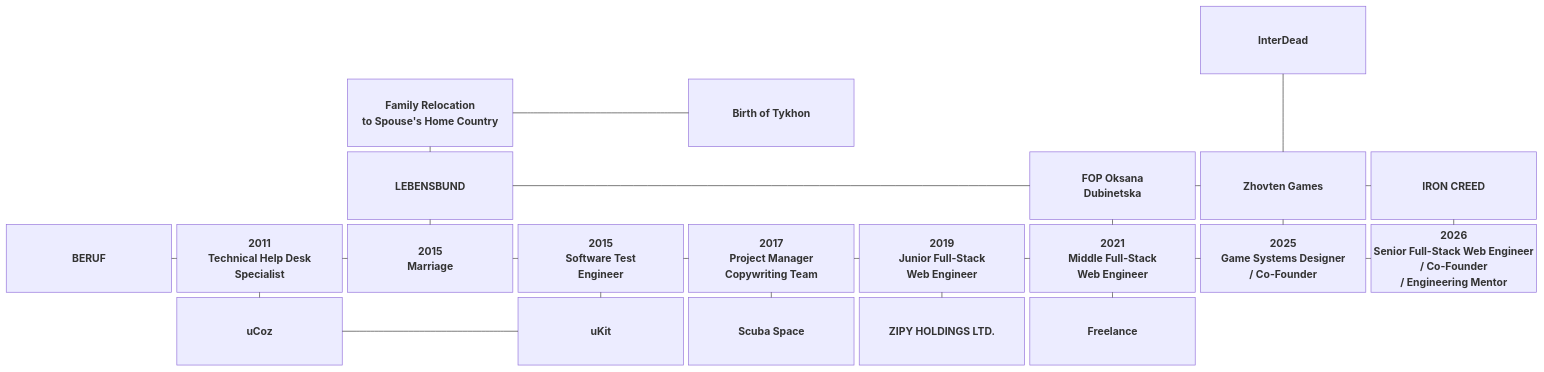
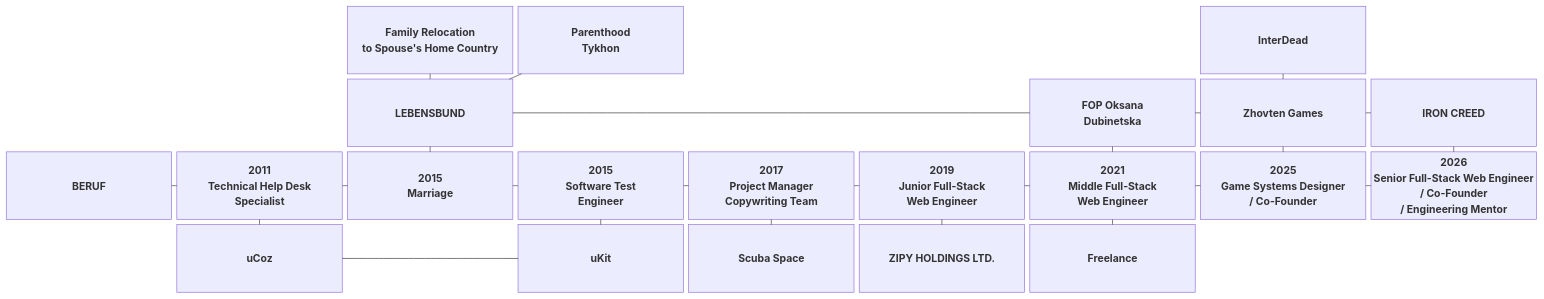
The diagram in README.md (pan-canon/pan-canon), drawn with Mermaid before and after one commit. The commit also changed other lines of this file, not shown here.

```diff
--- a/README.md
+++ b/README.md
@@ -3,22 +3,15 @@
     columns 10
 
     %% ─────────────────────────────────────
-    %% ZHOVTEN GAMES SUBPROJECT — TOP
-    %% ─────────────────────────────────────
-
-    space:7
-    ID["InterDead"]
-    space:2
-
-    %% ─────────────────────────────────────
-    %% FAMILY / SHARED-LIFE MILESTONES
+    %% DERIVED PROJECTS / LONG-HORIZON COMMITMENTS
     %% ─────────────────────────────────────
 
     space:2
     RL["Family Relocation<br/>to Spouse's Home Country"]
-    space
-    TB["Birth of Tykhon"]
-    space:5
+    PT["Parenthood<br/>Tykhon"]
+    space:3
+    ID["InterDead"]
+    space:2
 
     %% ─────────────────────────────────────
     %% SHARED-LIFE / ACTIVE SYSTEM
@@ -81,10 +74,6 @@
     FOP --- ZGS
     ZGS --- ICS
 
-    %% Family continuity above LEBENSBUND
-    LB --- RL
-    RL --- TB
-
     %% ─────────────────────────────────────
     %% UPWARD BRANCHES
     %% ─────────────────────────────────────
@@ -93,6 +82,10 @@
     F --- FOP
     ZG --- ZGS
     IC --- ICS
+
+    %% Derived commitments / projects
+    LB --- RL
+    LB --- PT
 
     %% InterDead is a Zhovten Games subproject
     ZGS --- ID
@@ -128,7 +121,7 @@
     class B label;
 
     class H,T,S,W,F carrier;
-    class M,RL,TB personal;
+    class M,RL,PT personal;
     class LB concept;
 
     class ZG,IC current;
```
